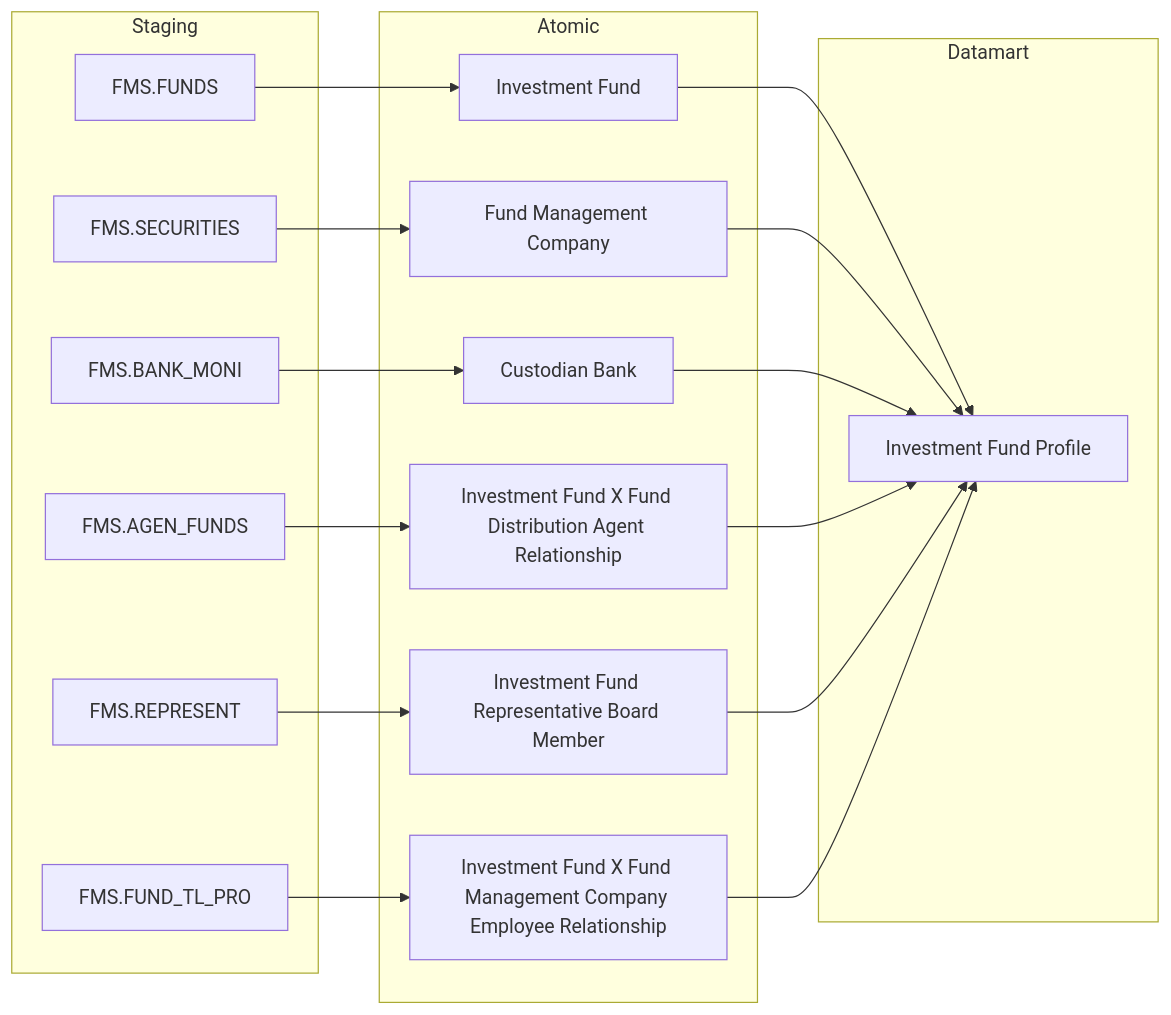
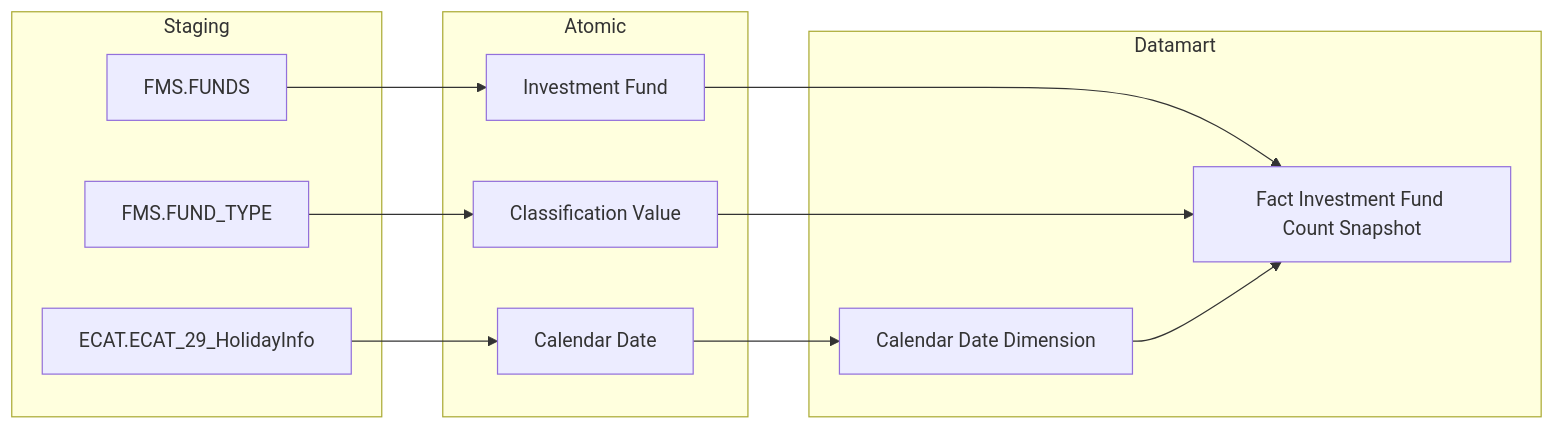
The fifth of 41 diagrams in Datamart/hld/DTM_QLQ_HLD.md (linhlvit/ubck_atomic_design), drawn with Mermaid before and after one commit. The commit also changed other lines of this file and 28 other files, not shown here.

Commit message:
feat(qlq): add LLD detail mapping, 23 entity table schemas, update HLD, sync datamart model and attributes

````diff
--- a/Datamart/hld/DTM_QLQ_HLD.md
+++ b/Datamart/hld/DTM_QLQ_HLD.md
@@ -96,38 +158,28 @@
 ```mermaid
 flowchart LR
     subgraph SRC["Staging"]
         FMS_FUNDS["FMS.FUNDS"]
-        FMS_SECURITIES["FMS.SECURITIES"]
-        FMS_BANKMONI["FMS.BANK_MONI"]
-        FMS_AGENFUNDS["FMS.AGEN_FUNDS"]
-        FMS_REPRESENT["FMS.REPRESENT"]
-        FMS_FUNDTLPRO["FMS.FUND_TL_PRO"]
+        FMS_FUNDTYPE["FMS.FUND_TYPE"]
+        ECAT_ECAT_29_HolidayInfo["ECAT.ECAT_29_HolidayInfo"]
     end
 
     subgraph SIL["Atomic"]
         Investment_Fund["Investment Fund"]
-        Fund_Management_Company["Fund Management Company"]
-        Custodian_Bank["Custodian Bank"]
-        Investment_Fund_X_Fund_Distribution_Agent_Relationship["Investment Fund X Fund Distribution Agent Relationship"]
-        Investment_Fund_Representative_Board_Member["Investment Fund Representative Board Member"]
-        Investment_Fund_X_Fund_Management_Company_Employee_Relationship["Investment Fund X Fund Management Company Employee Relationship"]
+        Classification_Value["Classification Value"]
+        Calendar_Date["Calendar Date"]
     end
 
     subgraph GOLD["Datamart"]
-        inv_fnd_prf["Investment Fund Profile"]
+        fct_investment_fund_cnt_snpst["Fact Investment Fund Count Snapshot"]
+        cdr_dt_dim["Calendar Date Dimension"]
     end
 
     FMS_FUNDS --> Investment_Fund
-    FMS_SECURITIES --> Fund_Management_Company
-    FMS_BANKMONI --> Custodian_Bank
-    FMS_AGENFUNDS --> Investment_Fund_X_Fund_Distribution_Agent_Relationship
-    FMS_REPRESENT --> Investment_Fund_Representative_Board_Member
-    FMS_FUNDTLPRO --> Investment_Fund_X_Fund_Management_Company_Employee_Relationship
+    FMS_FUNDTYPE --> Classification_Value
+    ECAT_ECAT_29_HolidayInfo --> Calendar_Date
 
-    Investment_Fund --> inv_fnd_prf
-    Fund_Management_Company --> inv_fnd_prf
-    Custodian_Bank --> inv_fnd_prf
-    Investment_Fund_X_Fund_Distribution_Agent_Relationship --> inv_fnd_prf
-    Investment_Fund_Representative_Board_Member --> inv_fnd_prf
-    Investment_Fund_X_Fund_Management_Company_Employee_Relationship --> inv_fnd_prf
+    Investment_Fund --> fct_investment_fund_cnt_snpst
+    Classification_Value --> fct_investment_fund_cnt_snpst
+    Calendar_Date --> cdr_dt_dim
+    cdr_dt_dim --> fct_investment_fund_cnt_snpst
 ```
````
